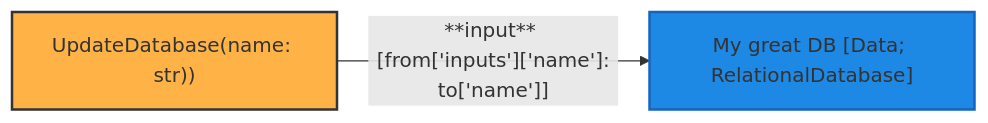
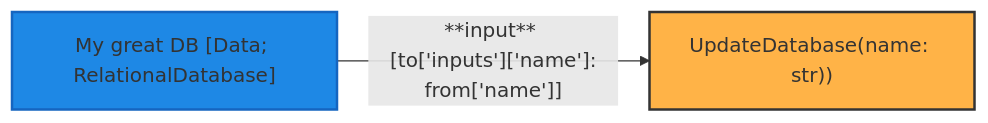
One commit to datagems-eosc/moma-management changed the third of 5 diagrams in docs/design_notes/2024_04_16_Operator_IO.md. Above: the diagram before and after it, drawn with Mermaid. The commit also changed other lines of this file and 16 other files, not shown here.

````diff
--- a/docs/design_notes/2024_04_16_Operator_IO.md
+++ b/docs/design_notes/2024_04_16_Operator_IO.md
@@ -506,9 +506,9 @@
 ```mermaid
 graph LR
     DN1["My great DB [Data; RelationalDatabase]"]
     OP2["UpdateDatabase(name: str))"]
-    OP2 -->|"**input** <br> [from['inputs']['name']: to['name']]"| DN1
+    DN1 -->|"**input** <br> [to['inputs']['name']: from['name']]"| OP2
 
     style OP2 fill:#FFB347,stroke:#333,stroke-width:2px
     style DN1 fill:#1E88E5,stroke:#1565C0,stroke-width:2px
 ```
````
